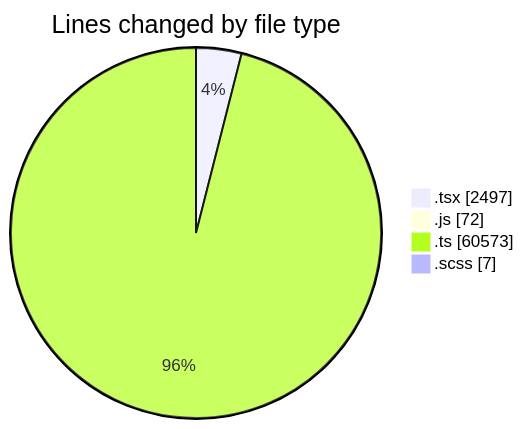
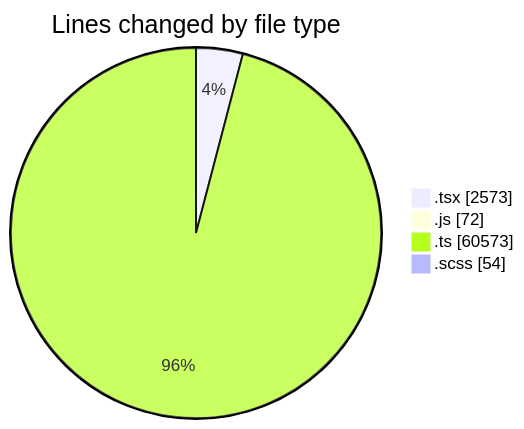
The first of 2 diagrams in 2026-09-25/cda/README.md (momahboobian/code-tracking), drawn with Mermaid before and after one commit. The commit also changed other lines of this file and 1 other file, not shown here.

````diff
--- a/2026-09-25/cda/README.md
+++ b/2026-09-25/cda/README.md
@@ -49,8 +51,8 @@
 ```mermaid
 pie showData
 title Lines changed by file type
-".tsx" : 2497
+".tsx" : 2573
 ".js" : 72
 ".ts" : 60573
-".scss" : 7
+".scss" : 54
 ```
````
